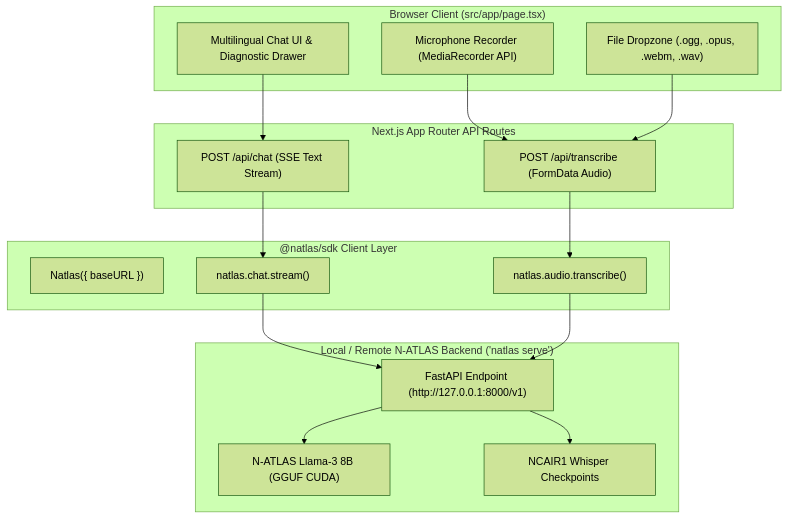
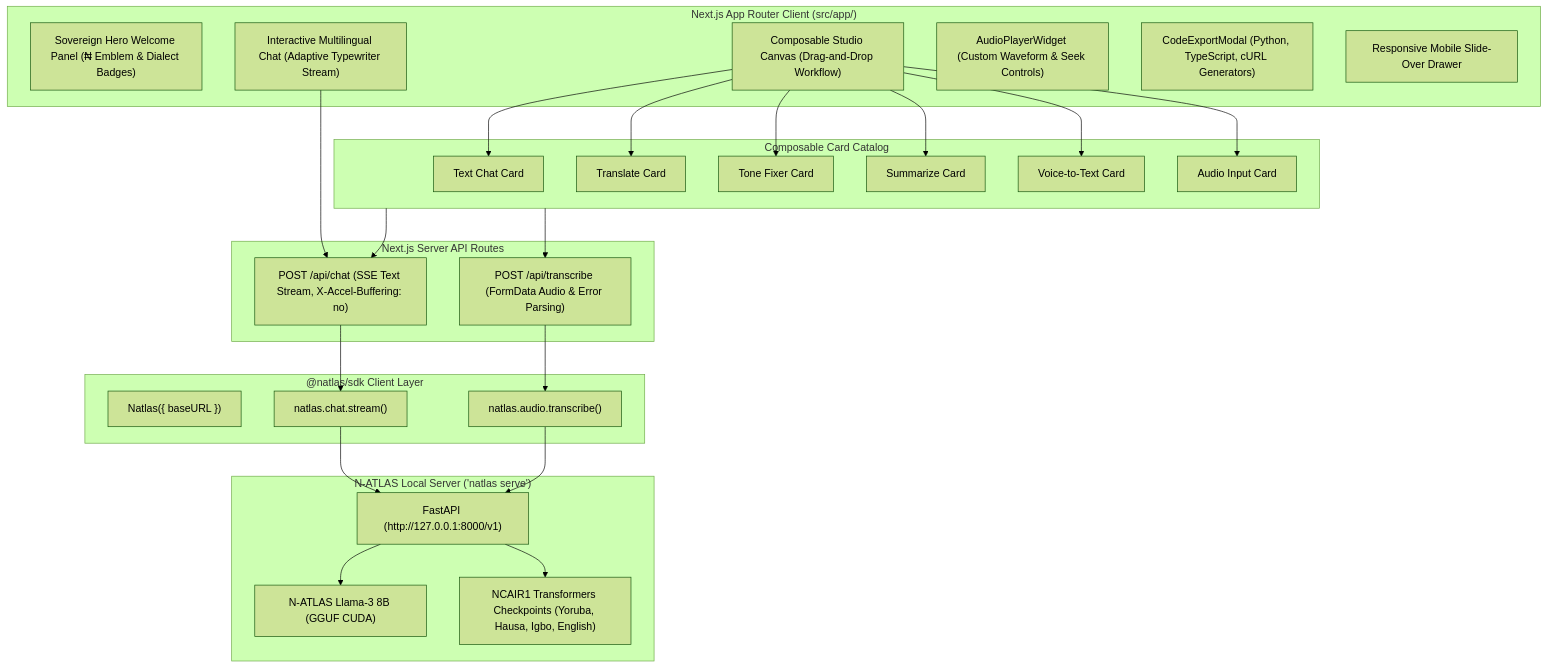
The diagram in README.md (Beetroit/natlas-playground), drawn with Mermaid (forest theme) before and after one commit. The commit also changed other lines of this file, not shown here.

Commit message:
docs(readme): update architecture diagram and feature overview for studio canvas
Align the README with the recent playground transformation from a fixed
pipeline into a composable studio workflow. Update the project tagline to
"playground and workflow studio", redraw the mermaid diagram to include
the hero panel, typewriter chat, studio canvas, audio player widget, code
export modal, mobile drawer, and the composable card catalog, and refresh
the feature list to match the current implementation.

````diff
--- a/README.md
+++ b/README.md
@@ -15,35 +15,53 @@
 ```mermaid
 flowchart TD
-    subgraph BrowserClient ["Browser Client (src/app/page.tsx)"]
-        UI["Multilingual Chat UI & Diagnostic Drawer"]
-        Mic["Microphone Recorder (MediaRecorder API)"]
-        Upload["File Dropzone (.ogg, .opus, .webm, .wav)"]
+    subgraph BrowserUI ["Next.js App Router Client (src/app/)"]
+        Hero["Sovereign Hero Welcome Panel (₦ Emblem & Dialect Badges)"]
+        ChatInterface["Interactive Multilingual Chat (Adaptive Typewriter Stream)"]
+        StudioCanvas["Composable Studio Canvas (Drag-and-Drop Workflow)"]
+        AudioWidget["AudioPlayerWidget (Custom Waveform & Seek Controls)"]
+        CodeExport["CodeExportModal (Python, TypeScript, cURL Generators)"]
+        Drawer["Responsive Mobile Slide-Over Drawer"]
     end
 
-    subgraph AppRouterRoutes ["Next.js App Router API Routes"]
-        ChatRoute["POST /api/chat (SSE Text Stream)"]
-        AudioRoute["POST /api/transcribe (FormData Audio)"]
+    subgraph StudioCards ["Composable Card Catalog"]
+        C1["Text Chat Card"]
+        C2["Translate Card"]
+        C3["Tone Fixer Card"]
+        C4["Summarize Card"]
+        C5["Voice-to-Text Card"]
+        C6["Audio Input Card"]
+        StudioCanvas --> C1
+        StudioCanvas --> C2
+        StudioCanvas --> C3
+        StudioCanvas --> C4
+        StudioCanvas --> C5
+        StudioCanvas --> C6
     end
 
-    subgraph NatlasSDK ["@natlas/sdk Client Layer"]
+    subgraph AppRouterRoutes ["Next.js Server API Routes"]
+        ChatRoute["POST /api/chat (SSE Text Stream, X-Accel-Buffering: no)"]
+        AudioRoute["POST /api/transcribe (FormData Audio & Error Parsing)"]
+    end
+
+    subgraph NatlasSDKLayer ["@natlas/sdk Client Layer"]
         SDK["Natlas({ baseURL })"]
         SDKChat["natlas.chat.stream()"]
         SDKAudio["natlas.audio.transcribe()"]
     end
 
-    subgraph BackendInference ["Local / Remote N-ATLAS Backend ('natlas serve')"]
-        Server["FastAPI Endpoint (http://127.0.0.1:8000/v1)"]
+    subgraph InferenceServer ["N-ATLAS Local Server ('natlas serve')"]
+        FastAPI["FastAPI (http://127.0.0.1:8000/v1)"]
         LLM["N-ATLAS Llama-3 8B (GGUF CUDA)"]
-        Whisper["NCAIR1 Whisper Checkpoints"]
+        ASR["NCAIR1 Transformers Checkpoints (Yoruba, Hausa, Igbo, English)"]
+        FastAPI --> LLM
+        FastAPI --> ASR
     end
 
-    UI --> ChatRoute
-    Mic --> AudioRoute
-    Upload --> AudioRoute
+    ChatInterface --> ChatRoute
+    StudioCards --> ChatRoute
+    StudioCards --> AudioRoute
     ChatRoute --> SDKChat
     AudioRoute --> SDKAudio
-    SDKChat --> Server
-    SDKAudio --> Server
-    Server --> LLM
-    Server --> Whisper
+    SDKChat --> FastAPI
+    SDKAudio --> FastAPI
 ```
````
